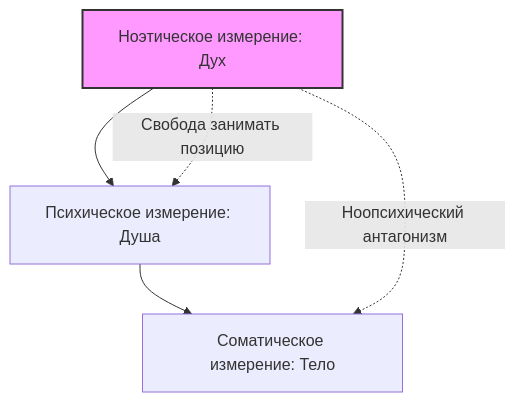
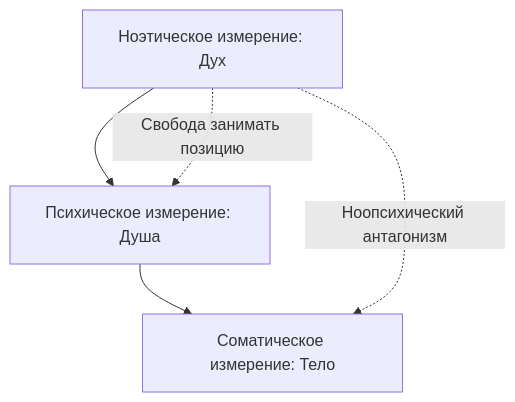
One commit to becasualle/vimutti changed the diagram in content/articles/psychology/existential/trekhmernaya-model-cheloveka-viktora-frankla.mdx. Above: the diagram before and after it, drawn with Mermaid. The commit also changed 30 other files, not shown here.

````diff
--- a/content/articles/psychology/existential/trekhmernaya-model-cheloveka-viktora-frankla.mdx
+++ b/content/articles/psychology/existential/trekhmernaya-model-cheloveka-viktora-frankla.mdx
@@ -25,8 +25,7 @@
 ```mermaid
 graph TD
     A[Ноэтическое измерение: Дух] --> B[Психическое измерение: Душа]
     B --> C[Соматическое измерение: Тело]
     A -.->|Свобода занимать позицию| B
     A -.->|Ноопсихический антагонизм| C
-    style A fill:#f9f,stroke:#333,stroke-width:2px
 ```
````
